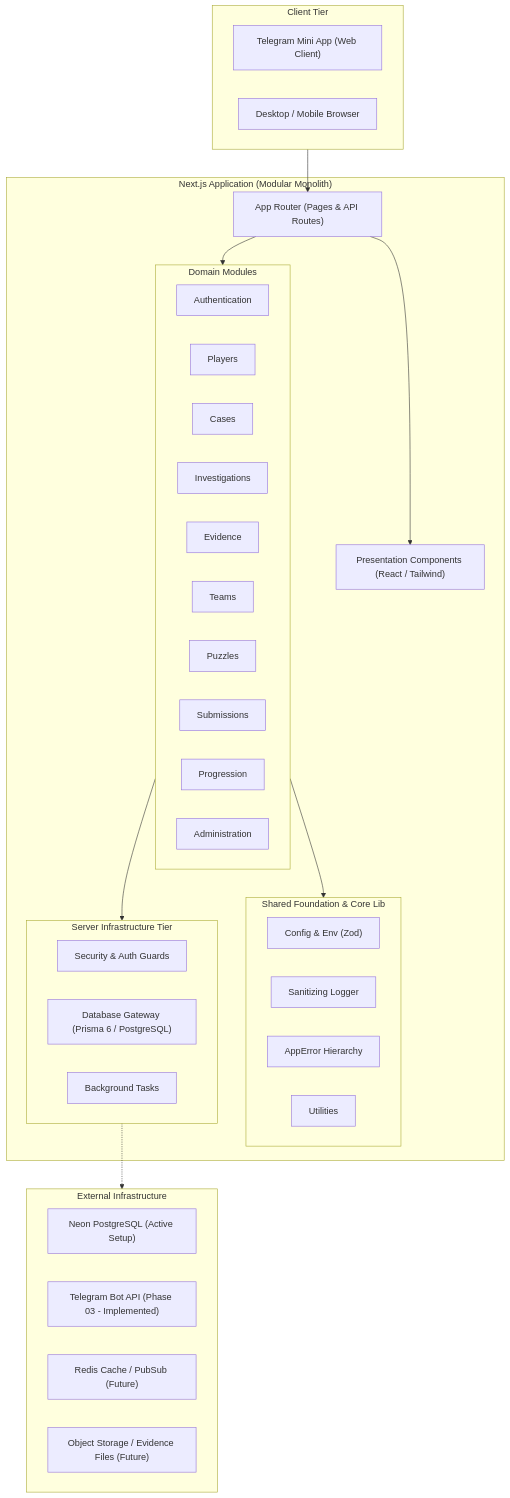
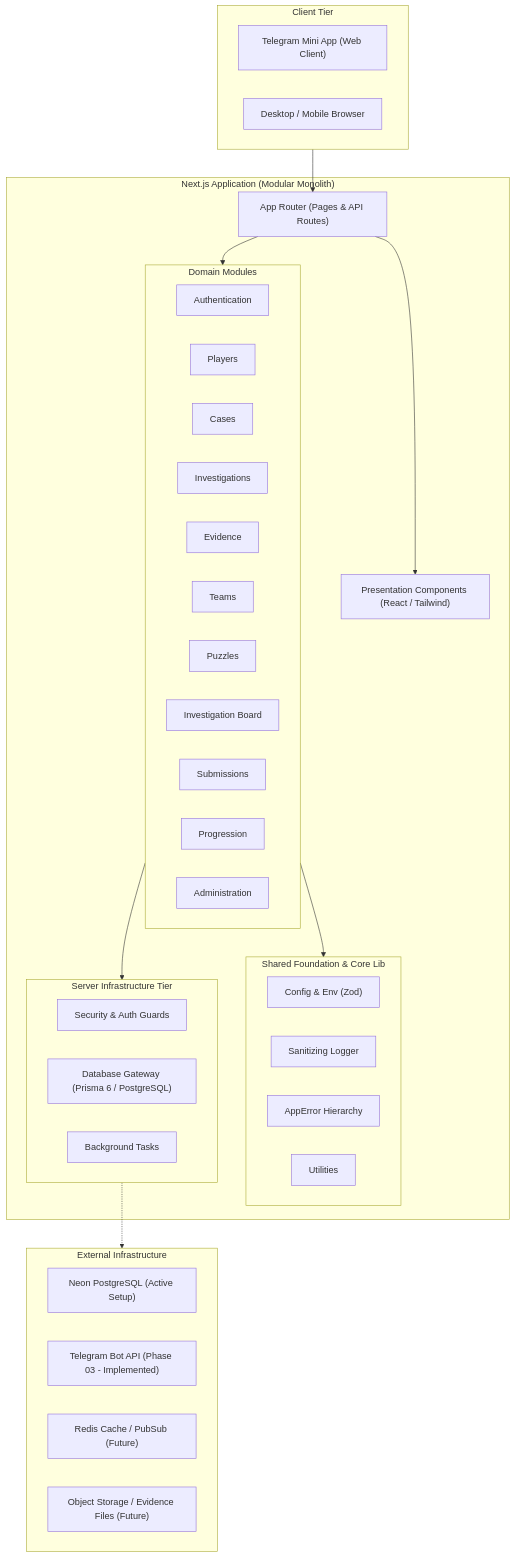
The diagram in docs/ARCHITECTURE.md (semre36/mystery-network), drawn with Mermaid before and after one commit. The commit also changed other lines of this file and 39 other files, not shown here.

Commit message:
feat(phase-11): implement investigation board, evidence relationships, timelines and theories

````diff
--- a/docs/ARCHITECTURE.md
+++ b/docs/ARCHITECTURE.md
@@ -17,52 +17,53 @@
 ```mermaid
 flowchart TD
     subgraph Client["Client Tier"]
         TMA["Telegram Mini App (Web Client)"]
         WEB["Desktop / Mobile Browser"]
     end
 
     subgraph App["Next.js Application (Modular Monolith)"]
         UI["Presentation Components (React / Tailwind)"]
         ROUTING["App Router (Pages & API Routes)"]
 
         subgraph Modules["Domain Modules"]
             AUTH["Authentication"]
             PLAYERS["Players"]
             CASES["Cases"]
             INVEST["Investigations"]
             EVID["Evidence"]
             TEAMS["Teams"]
             PUZZLES["Puzzles"]
+            BOARD["Investigation Board"]
             SUBMIT["Submissions"]
             PROG["Progression"]
             ADMIN["Administration"]
         end
 
         subgraph CoreLib["Shared Foundation & Core Lib"]
             CONFIG["Config & Env (Zod)"]
             LOGGER["Sanitizing Logger"]
             ERRORS["AppError Hierarchy"]
             UTILS["Utilities"]
         end
 
         subgraph ServerInfra["Server Infrastructure Tier"]
             SEC["Security & Auth Guards"]
             DB_ACCESS["Database Gateway (Prisma 6 / PostgreSQL)"]
             JOB_QUEUE["Background Tasks"]
         end
     end
 
     subgraph External["External Infrastructure"]
         NEON["Neon PostgreSQL (Active Setup)"]
         TG_API["Telegram Bot API (Phase 03 - Implemented)"]
         REDIS["Redis Cache / PubSub (Future)"]
         S3["Object Storage / Evidence Files (Future)"]
     end
 
     Client --> ROUTING
     ROUTING --> UI
     ROUTING --> Modules
     Modules --> CoreLib
     Modules --> ServerInfra
     ServerInfra -.-> External
 ```
````
